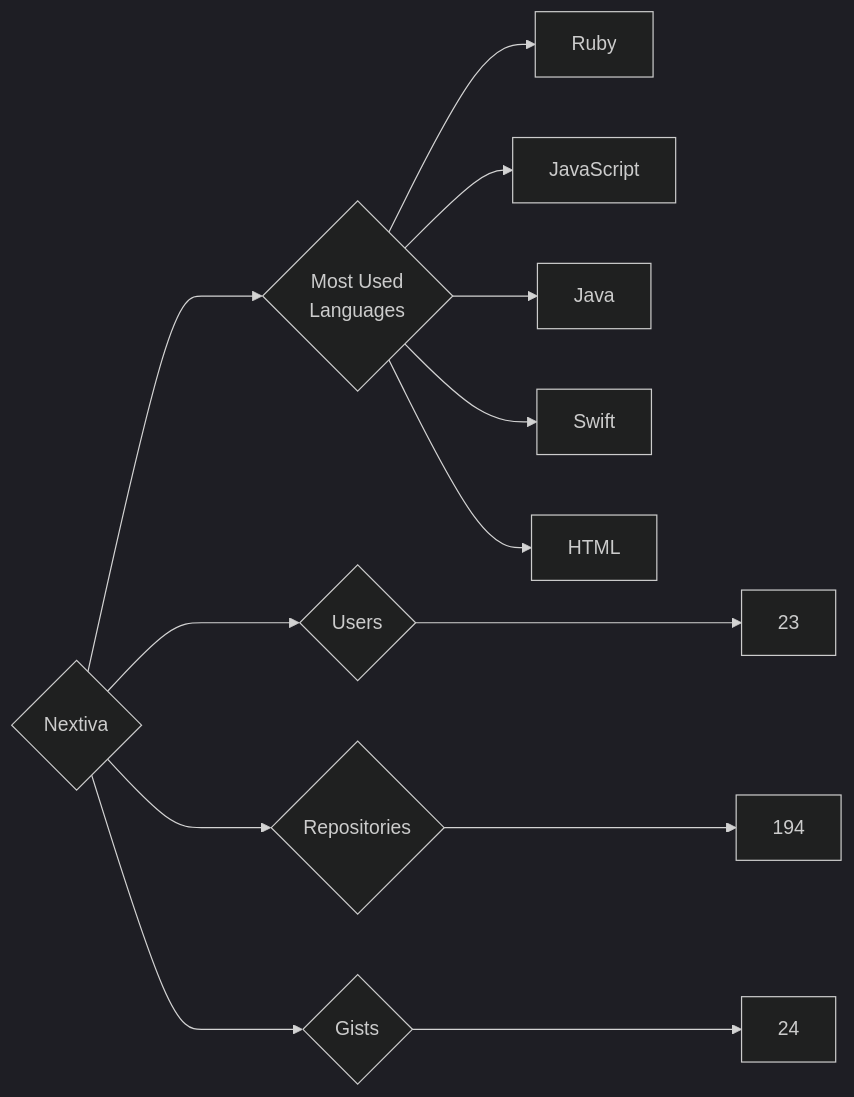
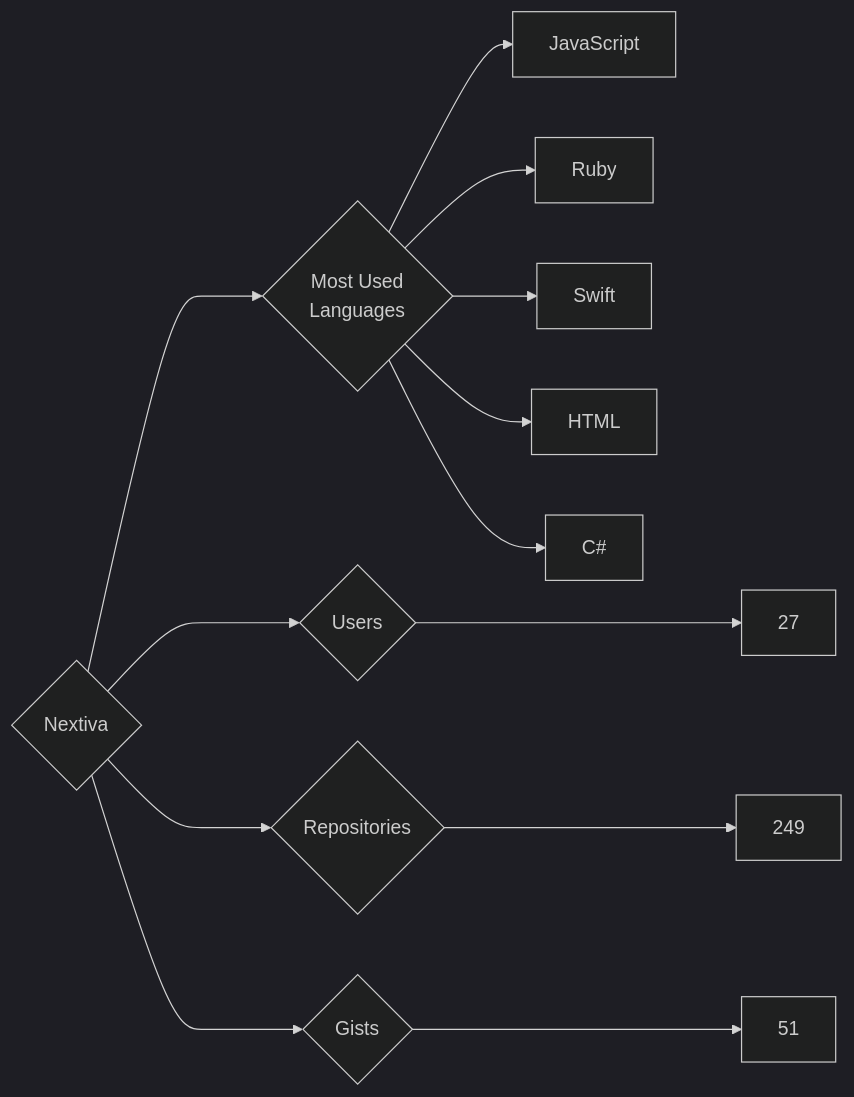
The diagram in targets/Nextiva/README.md (trickest/insiders), drawn with Mermaid (dark theme) before and after one commit. The commit also changed 681 other files, not shown here.

````diff
--- a/targets/Nextiva/README.md
+++ b/targets/Nextiva/README.md
@@ -3,13 +3,13 @@
 ```mermaid
 graph LR
 COMPANY_NAME{Nextiva}
-COMPANY_NAME ---> U{Users} ---> UN[23]
-COMPANY_NAME ---> R{Repositories} ---> RN[194]
-COMPANY_NAME ---> G{Gists} ---> GN[24]
+COMPANY_NAME ---> U{Users} ---> UN[27]
+COMPANY_NAME ---> R{Repositories} ---> RN[249]
+COMPANY_NAME ---> G{Gists} ---> GN[51]
 COMPANY_NAME ---> ML{Most Used<br>Languages}
+ML --> JavaScript[JavaScript]
 ML --> Ruby[Ruby]
-ML --> JavaScript[JavaScript]
-ML --> Java[Java]
 ML --> Swift[Swift]
 ML --> HTML[HTML]
+ML --> C#[C#]
 ```
````
